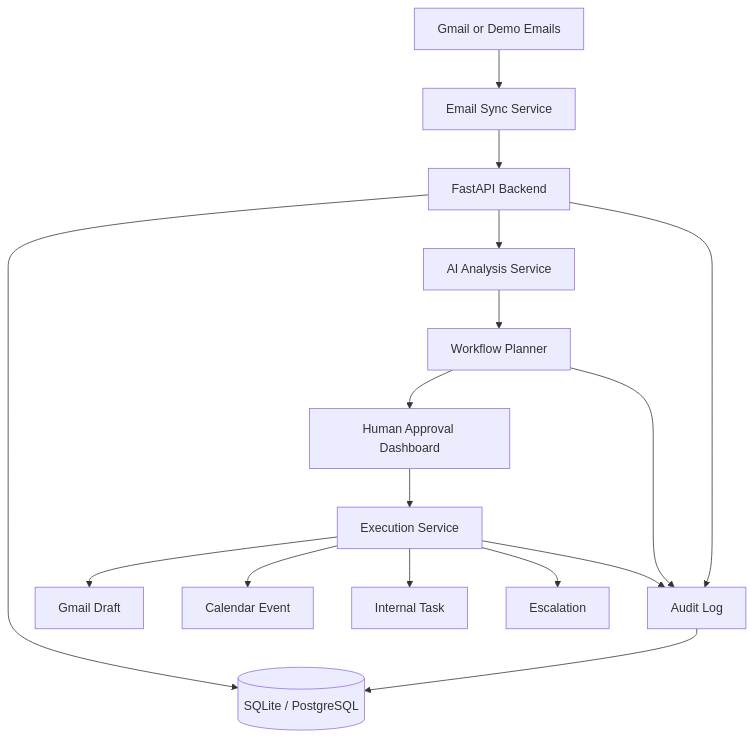
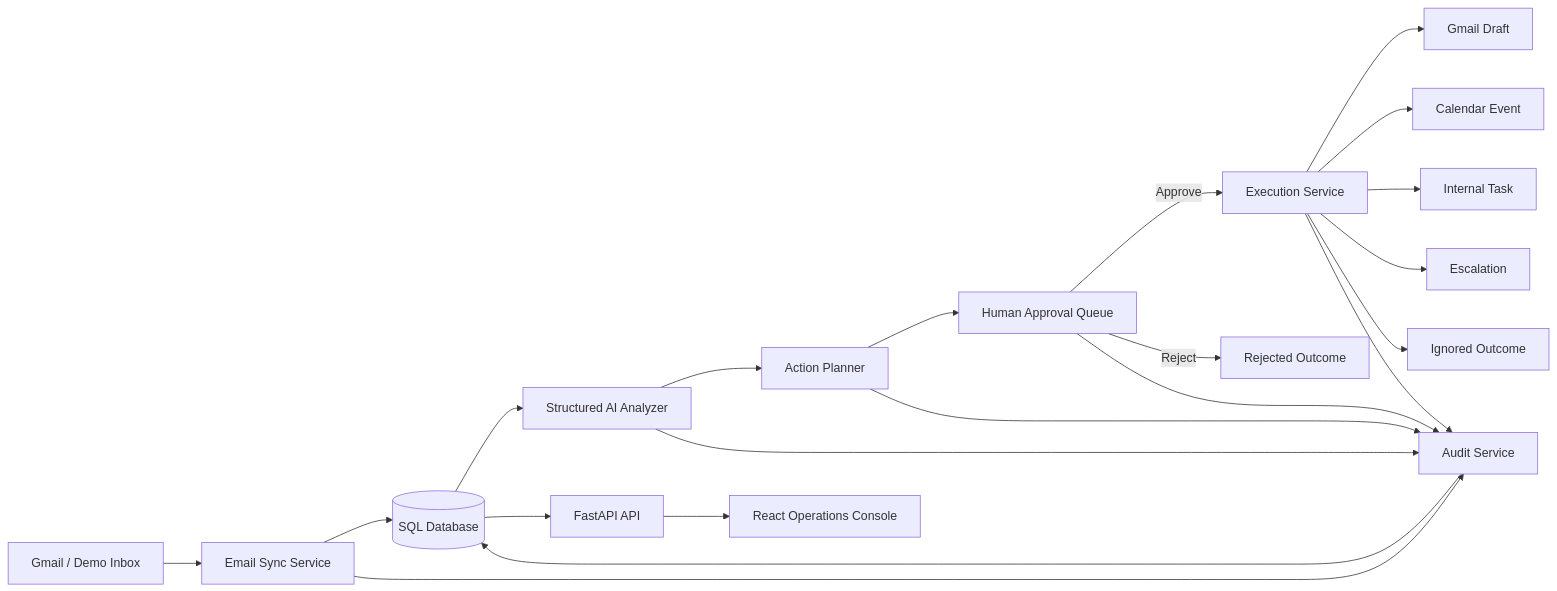
Before and after one commit to SAHARIARSHOWMIK/ai-email-action-automation: the diagram in README.md, drawn with Mermaid. The commit also changed other lines of this file and 63 other files, not shown here.

Commit message:
Upgrade email automation platform and React operations console

````diff
--- a/README.md
+++ b/README.md
@@ -75,18 +105,23 @@
 ```mermaid
-flowchart TD
-    A[Gmail or Demo Emails] --> B[Email Sync Service]
-    B --> C[FastAPI Backend]
-    C --> D[(SQLite / PostgreSQL)]
-    C --> E[AI Analysis Service]
-    E --> F[Workflow Planner]
-    F --> G[Human Approval Dashboard]
-    G --> H[Execution Service]
-    H --> I[Gmail Draft]
-    H --> J[Calendar Event]
-    H --> K[Internal Task]
-    H --> L[Escalation]
-    C --> M[Audit Log]
-    F --> M
-    H --> M
-    M --> D
+flowchart LR
+    A[Gmail / Demo Inbox] --> B[Email Sync Service]
+    B --> C[(SQL Database)]
+    C --> D[Structured AI Analyzer]
+    D --> E[Action Planner]
+    E --> F[Human Approval Queue]
+    F -->|Approve| G[Execution Service]
+    F -->|Reject| H[Rejected Outcome]
+    G --> I[Gmail Draft]
+    G --> J[Calendar Event]
+    G --> K[Internal Task]
+    G --> L[Escalation]
+    G --> M[Ignored Outcome]
+    B --> N[Audit Service]
+    D --> N
+    E --> N
+    F --> N
+    G --> N
+    N --> C
+    C --> O[FastAPI API]
+    O --> P[React Operations Console]
 ```
````
